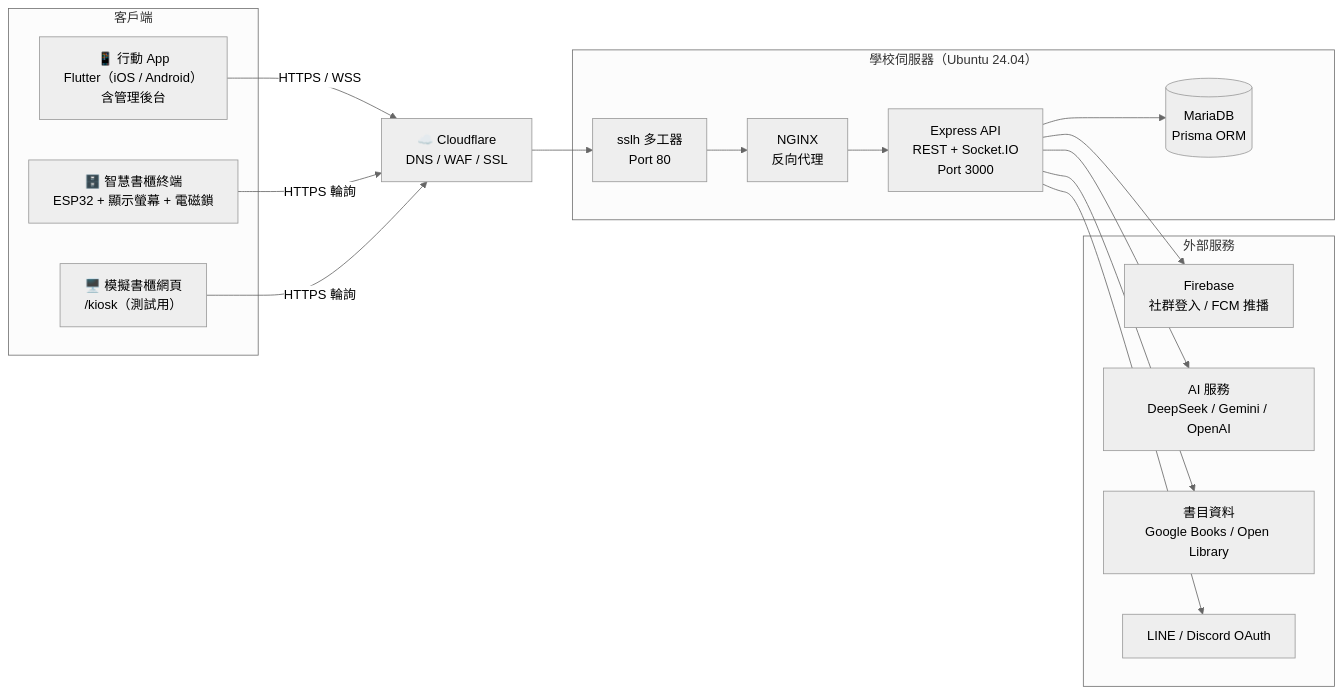
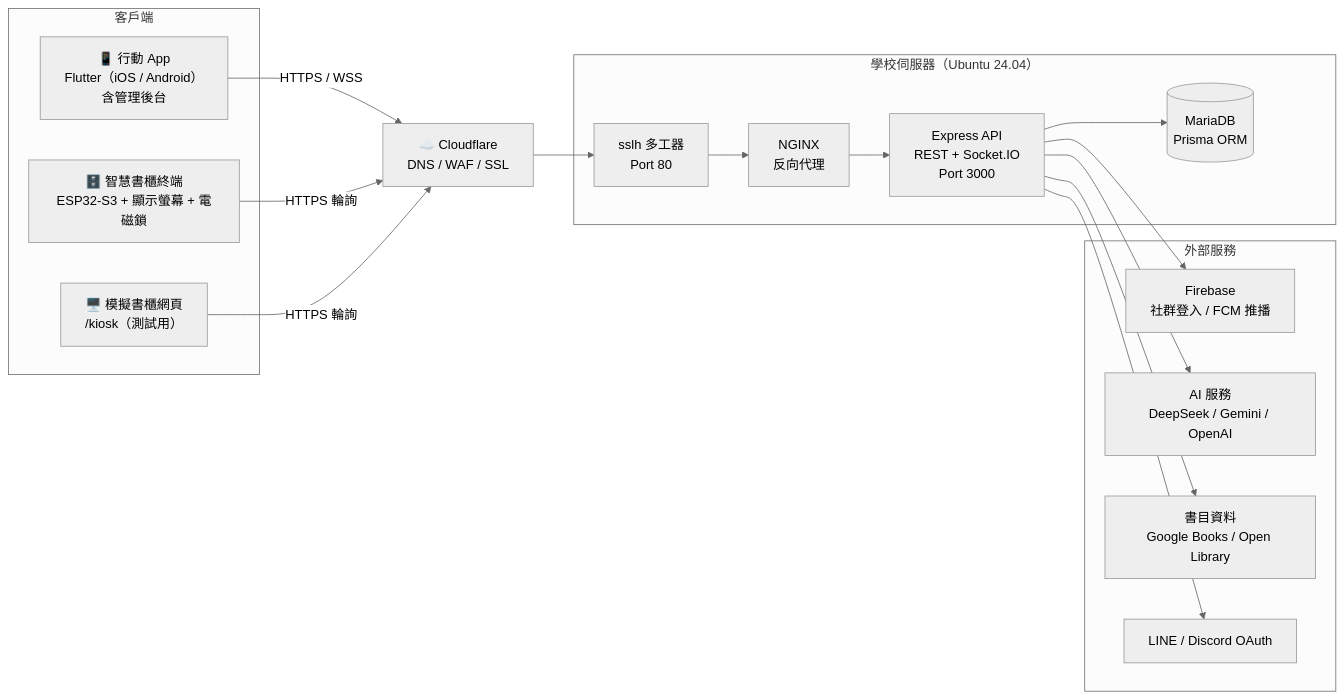
Before and after one commit to SaveMyBook/SaveMyBook: the diagram in README.md, drawn with Mermaid (neutral theme). The commit also changed other lines of this file and 29 other files, not shown here.

````diff
--- a/README.md
+++ b/README.md
@@ -18,33 +18,33 @@
 ```mermaid
 flowchart LR
     subgraph Client["客戶端"]
         App["📱 行動 App<br/>Flutter（iOS / Android）<br/>含管理後台"]
-        IoT["🗄️ 智慧書櫃終端<br/>ESP32 + 顯示螢幕 + 電磁鎖"]
+        IoT["🗄️ 智慧書櫃終端<br/>ESP32-S3 + 顯示螢幕 + 電磁鎖"]
         Kiosk["🖥️ 模擬書櫃網頁<br/>/kiosk（測試用）"]
     end
 
     CF["☁️ Cloudflare<br/>DNS / WAF / SSL"]
 
     subgraph Server["學校伺服器（Ubuntu 24.04）"]
         SSLH["sslh 多工器<br/>Port 80"]
         NGINX["NGINX<br/>反向代理"]
         API["Express API<br/>REST + Socket.IO<br/>Port 3000"]
         DB[("MariaDB<br/>Prisma ORM")]
     end
 
     subgraph External["外部服務"]
         FB["Firebase<br/>社群登入 / FCM 推播"]
         AI["AI 服務<br/>DeepSeek / Gemini / OpenAI"]
         Books["書目資料<br/>Google Books / Open Library"]
         OAuth["LINE / Discord OAuth"]
     end
 
     App -- "HTTPS / WSS" --> CF
     IoT -- "HTTPS 輪詢" --> CF
     Kiosk -- "HTTPS 輪詢" --> CF
     CF --> SSLH --> NGINX --> API --> DB
     API --> FB
     API --> AI
     API --> Books
     API --> OAuth
 ```
````
